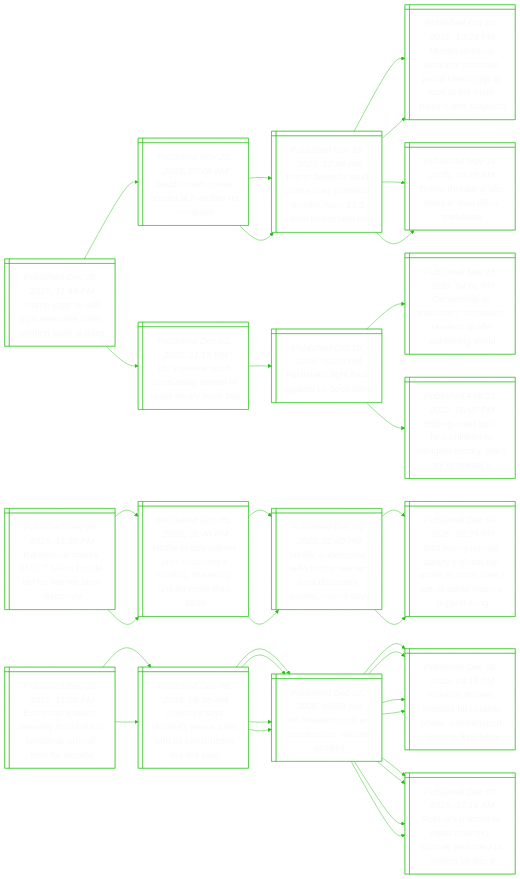
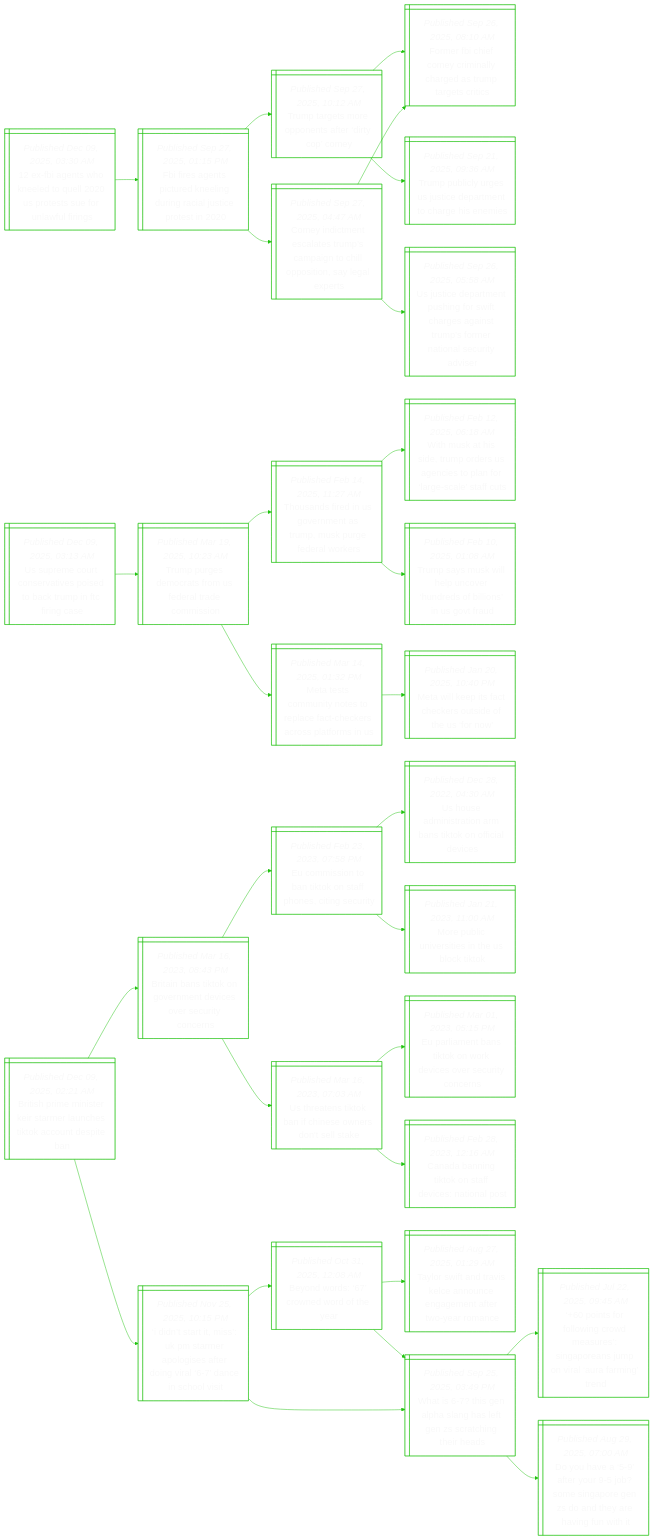
One commit to notJmes/notJmes changed the diagram in README.md. Above: the diagram before and after it, drawn with Mermaid. The commit also changed other lines of this file, not shown here.

````diff
--- a/README.md
+++ b/README.md
@@ -16,109 +16,97 @@
 flowchart LR
 classDef txtsize font-size:20px;
 
-TsesxidrsAe@{ shape: win-pane, label: "_Published Dec 08, 2025, 11:44 PM_
-Trump says he will sign executive order curbing state ai rules" }
-SCPeerlSr@{ shape: win-pane, label: "_Published Nov 20, 2025, 02:08 AM_
-Saudi crown prince hosted at friendlier us congress" }
-Tdddnersdiinst@{ shape: win-pane, label: "_Published Nov 19, 2025, 12:28 AM_
-Trump defends saudi prince over journalist murder, hails $1.3 trillion investment vow" }
-Mrusnrsasikeprsc@{ shape: win-pane, label: "_Published Oct 20, 2018, 12:23 PM_
-Murder of saudi dissident journalist jamal khashoggi: a look at the main players and suspects" }
-TttBsailn@{ shape: win-pane, label: "_Published Nov 19, 2025, 05:25 AM_
-Trump threatens abc news in oval office meltdown" }
-Tdddnersdiinst@{ shape: win-pane, label: "_Published Nov 19, 2025, 12:28 AM_
-Trump defends saudi prince over journalist murder, hails $1.3 trillion investment vow" }
-Mrusnrsasikeprsc@{ shape: win-pane, label: "_Published Oct 20, 2018, 12:23 PM_
-Murder of saudi dissident journalist jamal khashoggi: a look at the main players and suspects" }
-TttBsailn@{ shape: win-pane, label: "_Published Nov 19, 2025, 05:25 AM_
-Trump threatens abc news in oval office meltdown" }
-Urouwpfsao@{ shape: win-pane, label: "_Published Dec 08, 2025, 11:15 PM_
-Us supreme court turns away appeal of texas library book ban" }
-Psfbgtos@{ shape: win-pane, label: "_Published Oct 19, 2025, 02:50 PM_
-Publishers fight back against us book bans" }
-Crolnitdipsw@{ shape: win-pane, label: "_Published Mar 18, 2023, 04:06 PM_
-Censorship or evolution? ‘sensitivity readers’ divide publishing world" }
-Enllcrnasdree@{ shape: win-pane, label: "_Published Feb 21, 2023, 05:00 PM_
-Editing roald dahl: help children to navigate history, don’t try to rewrite it" }
+easndepsenui@{ shape: win-pane, label: "_Published Dec 09, 2025, 03:30 AM_
+12 ex-fbi agents who kneeled to quell 2020 us protests sue for unlawful firings" }
+Freieedgatrt@{ shape: win-pane, label: "_Published Sep 27, 2025, 01:15 PM_
+Fbi fires agents pictured kneeling during racial justice protest in 2020" }
+Tttenadcm@{ shape: win-pane, label: "_Published Sep 27, 2025, 10:12 AM_
+Trump targets more opponents after ‘dirty cop’ comey" }
+Frhorahdurcc@{ shape: win-pane, label: "_Published Sep 26, 2025, 08:10 AM_
+Former fbi chief comey criminally charged as trump targets critics" }
+TpcgJcanhhe@{ shape: win-pane, label: "_Published Sep 21, 2025, 09:36 AM_
+Trump publicly urges us justice department to charge his enemies" }
+Citearcicoisgp@{ shape: win-pane, label: "_Published Sep 27, 2025, 04:47 AM_
+Comey indictment escalates trump’s campaign to chill opposition, say legal experts" }
+Frhorahdurcc@{ shape: win-pane, label: "_Published Sep 26, 2025, 08:10 AM_
+Former fbi chief comey criminally charged as trump targets critics" }
+Utemugwhsnuonncys@{ shape: win-pane, label: "_Published Sep 26, 2025, 05:58 AM_
+Us justice department pushing for swift charges against trump’s former national security adviser" }
 
-TsesxidrsAe:::txtsize --> SCPeerlSr:::txtsize
-SCPeerlSr:::txtsize --> Tdddnersdiinst:::txtsize
-Tdddnersdiinst:::txtsize --> Mrusnrsasikeprsc:::txtsize
-Tdddnersdiinst:::txtsize --> TttBsailn:::txtsize
-SCPeerlSr:::txtsize --> Tdddnersdiinst:::txtsize
-Tdddnersdiinst:::txtsize --> Mrusnrsasikeprsc:::txtsize
-Tdddnersdiinst:::txtsize --> TttBsailn:::txtsize
-TsesxidrsAe:::txtsize --> Urouwpfsao:::txtsize
-Urouwpfsao:::txtsize --> Psfbgtos:::txtsize
-Psfbgtos:::txtsize --> Crolnitdipsw:::txtsize
-Psfbgtos:::txtsize --> Enllcrnasdree:::txtsize
+easndepsenui:::txtsize --> Freieedgatrt:::txtsize
+Freieedgatrt:::txtsize --> Tttenadcm:::txtsize
+Tttenadcm:::txtsize --> Frhorahdurcc:::txtsize
+Tttenadcm:::txtsize --> TpcgJcanhhe:::txtsize
+Freieedgatrt:::txtsize --> Citearcicoisgp:::txtsize
+Citearcicoisgp:::txtsize --> Frhorahdurcc:::txtsize
+Citearcicoisgp:::txtsize --> Utemugwhsnuonncys:::txtsize
 
-PoainidaBie@{ shape: win-pane, label: "_Published Dec 08, 2025, 11:30 PM_
-Paramount makes $140.7 billion hostile bid for warner bros discovery" }
-Niunocydtiimh@{ shape: win-pane, label: "_Published Dec 05, 2025, 08:40 PM_
-Netflix to buy warner bros discovery’s studios, streaming unit for more than $93b" }
-Nixilbrrsreua@{ shape: win-pane, label: "_Published Dec 05, 2025, 02:40 PM_
-Netflix in exclusive talks to buy warner bros discovery assets, source says" }
-BnmosaAtoppubsg@{ shape: win-pane, label: "_Published Dec 04, 2025, 02:29 PM_
-Bad bunny named spotify’s global top artiste in 2025, rose’s apt. is apple music’s biggest song" }
-Niunocydtiimh@{ shape: win-pane, label: "_Published Dec 05, 2025, 08:40 PM_
-Netflix to buy warner bros discovery’s studios, streaming unit for more than $93b" }
-Nixilbrrsreua@{ shape: win-pane, label: "_Published Dec 05, 2025, 02:40 PM_
-Netflix in exclusive talks to buy warner bros discovery assets, source says" }
-BnmosaAtoppubsg@{ shape: win-pane, label: "_Published Dec 04, 2025, 02:29 PM_
-Bad bunny named spotify’s global top artiste in 2025, rose’s apt. is apple music’s biggest song" }
+Uroovesbrnic@{ shape: win-pane, label: "_Published Dec 09, 2025, 03:13 AM_
+Us supreme court conservatives poised to back trump in ftc firing case" }
+TpscfSrami@{ shape: win-pane, label: "_Published Mar 19, 2025, 10:23 AM_
+Trump purges democrats from us federal trade commission" }
+TainveTMuele@{ shape: win-pane, label: "_Published Feb 14, 2025, 11:27 AM_
+Thousands fired in us government as trump, musk purge federal workers" }
+Wuhdmeaipoglfs@{ shape: win-pane, label: "_Published Feb 12, 2025, 06:18 AM_
+With musk at his side, trump orders us agencies to plan for ‘large-scale’ staff cuts" }
+Tsulpvnslsgr@{ shape: win-pane, label: "_Published Feb 10, 2025, 01:08 AM_
+Trump says musk will help uncover ‘hundreds of billions’ in us govt fraud" }
+Meoitrctkcpon@{ shape: win-pane, label: "_Published Mar 14, 2025, 01:32 PM_
+Meta tests community notes to replace fact-checkers across platforms in us" }
+MiefhrsfSo@{ shape: win-pane, label: "_Published Jan 20, 2025, 10:40 PM_
+Meta will keep its fact checkers outside of the us ‘for now’" }
 
-PoainidaBie:::txtsize --> Niunocydtiimh:::txtsize
-Niunocydtiimh:::txtsize --> Nixilbrrsreua:::txtsize
-Nixilbrrsreua:::txtsize --> BnmosaAtoppubsg:::txtsize
-PoainidaBie:::txtsize --> Niunocydtiimh:::txtsize
-Niunocydtiimh:::txtsize --> Nixilbrrsreua:::txtsize
-Nixilbrrsreua:::txtsize --> BnmosaAtoppubsg:::txtsize
+Uroovesbrnic:::txtsize --> TpscfSrami:::txtsize
+TpscfSrami:::txtsize --> TainveTMuele:::txtsize
+TainveTMuele:::txtsize --> Wuhdmeaipoglfs:::txtsize
+TainveTMuele:::txtsize --> Tsulpvnslsgr:::txtsize
+TpscfSrami:::txtsize --> Meoitrctkcpon:::txtsize
+Meoitrctkcpon:::txtsize --> MiefhrsfSo:::txtsize
 
-EeaZslkoaciri@{ shape: win-pane, label: "_Published Dec 08, 2025, 11:20 PM_
-European leaders, zelensky hold talks in london at ‘crucial’ time for ukraine" }
-ZsyaptwStita@{ shape: win-pane, label: "_Published Dec 08, 2025, 06:36 AM_
-Zelensky says ukraine’s peace talks with us constructive but not easy" }
-NaottirUk@{ shape: win-pane, label: "_Published Dec 07, 2025, 03:48 AM_
-No breakthrough at ‘constructive’ ukraine-us talks" }
-RansskerrocKa@{ shape: win-pane, label: "_Published Dec 06, 2025, 09:11 PM_
-Russian drones, missiles hit ukraine power and transport sectors, kyiv says" }
-Fermekrnznn@{ shape: win-pane, label: "_Published Dec 07, 2025, 12:16 AM_
-France’s macron to meet zelensky, starmer and merz in london on dec 8" }
-NaottirUk@{ shape: win-pane, label: "_Published Dec 07, 2025, 03:48 AM_
-No breakthrough at ‘constructive’ ukraine-us talks" }
-RansskerrocKa@{ shape: win-pane, label: "_Published Dec 06, 2025, 09:11 PM_
-Russian drones, missiles hit ukraine power and transport sectors, kyiv says" }
-Fermekrnznn@{ shape: win-pane, label: "_Published Dec 07, 2025, 12:16 AM_
-France’s macron to meet zelensky, starmer and merz in london on dec 8" }
-ZsyaptwStita@{ shape: win-pane, label: "_Published Dec 08, 2025, 06:36 AM_
-Zelensky says ukraine’s peace talks with us constructive but not easy" }
-NaottirUk@{ shape: win-pane, label: "_Published Dec 07, 2025, 03:48 AM_
-No breakthrough at ‘constructive’ ukraine-us talks" }
-RansskerrocKa@{ shape: win-pane, label: "_Published Dec 06, 2025, 09:11 PM_
-Russian drones, missiles hit ukraine power and transport sectors, kyiv says" }
-Fermekrnznn@{ shape: win-pane, label: "_Published Dec 07, 2025, 12:16 AM_
-France’s macron to meet zelensky, starmer and merz in london on dec 8" }
-NaottirUk@{ shape: win-pane, label: "_Published Dec 07, 2025, 03:48 AM_
-No breakthrough at ‘constructive’ ukraine-us talks" }
-RansskerrocKa@{ shape: win-pane, label: "_Published Dec 06, 2025, 09:11 PM_
-Russian drones, missiles hit ukraine power and transport sectors, kyiv says" }
-Fermekrnznn@{ shape: win-pane, label: "_Published Dec 07, 2025, 12:16 AM_
-France’s macron to meet zelensky, starmer and merz in london on dec 8" }
+BsmiKtrcianpa@{ shape: win-pane, label: "_Published Dec 09, 2025, 02:21 AM_
+British prime minister keir starmer launches tiktok account despite ban" }
+Bisoomessins@{ shape: win-pane, label: "_Published Mar 16, 2023, 08:43 PM_
+Britain bans tiktok on government devices over security concerns" }
+EmoaTspsnu@{ shape: win-pane, label: "_Published Feb 23, 2023, 07:58 PM_
+Eu commission to ban tiktok on staff phones, citing security" }
+Usirnaknces@{ shape: win-pane, label: "_Published Dec 28, 2022, 04:30 AM_
+Us house administration arm bans tiktok on official devices" }
+Muurehli@{ shape: win-pane, label: "_Published Jan 21, 2023, 11:00 AM_
+More public universities in the us block tiktok" }
+Uesoinwdea@{ shape: win-pane, label: "_Published Mar 16, 2023, 07:03 AM_
+Us threatens tiktok ban if chinese owners don't sell stake" }
+Elnsoovoetc@{ shape: win-pane, label: "_Published Mar 01, 2023, 05:15 PM_
+Eu parliament bans tiktok on work devices over security concerns" }
+Caiknfctl@{ shape: win-pane, label: "_Published Feb 28, 2023, 12:16 AM_
+Canada banning tiktok on staff devices: national post" }
+IttsMmostirnslt@{ shape: win-pane, label: "_Published Nov 25, 2025, 10:15 PM_
+‘i didn’t start it, miss’: uk pm starmer apologises after doing viral ‘6-7’ dance in school visit" }
+Bdsnrhr@{ shape: win-pane, label: "_Published Oct 31, 2025, 12:08 AM_
+Beyond words: ‘67’ crowned word of the year" }
+TrtrKangetorc@{ shape: win-pane, label: "_Published Aug 27, 2025, 01:29 AM_
+Taylor swift and travis kelce announce engagement after two-year romance" }
+WsGpasGscth@{ shape: win-pane, label: "_Published Sep 25, 2025, 03:49 PM_
+What is 6-7? this gen alpha slang has left gen zs scratching their heads" }
+WsGpasGscth@{ shape: win-pane, label: "_Published Sep 25, 2025, 03:49 PM_
+What is 6-7? this gen alpha slang has left gen zs scratching their heads" }
+psoioasaamiurt@{ shape: win-pane, label: "_Published Jul 22, 2025, 09:45 AM_
+‘+60 points for following crowd measures’: singaporeans jump on viral ‘aura farming’ trend" }
+DhayoeaGdtrini@{ shape: win-pane, label: "_Published Aug 29, 2025, 07:00 AM_
+Do you have a ‘5-9’ after your 9-5 job? some singapore gen zs do and they are having fun with it" }
 
-EeaZslkoaciri:::txtsize --> ZsyaptwStita:::txtsize
-ZsyaptwStita:::txtsize --> NaottirUk:::txtsize
-NaottirUk:::txtsize --> RansskerrocKa:::txtsize
-NaottirUk:::txtsize --> Fermekrnznn:::txtsize
-ZsyaptwStita:::txtsize --> NaottirUk:::txtsize
-NaottirUk:::txtsize --> RansskerrocKa:::txtsize
-NaottirUk:::txtsize --> Fermekrnznn:::txtsize
-EeaZslkoaciri:::txtsize --> ZsyaptwStita:::txtsize
-ZsyaptwStita:::txtsize --> NaottirUk:::txtsize
-NaottirUk:::txtsize --> RansskerrocKa:::txtsize
-NaottirUk:::txtsize --> Fermekrnznn:::txtsize
-ZsyaptwStita:::txtsize --> NaottirUk:::txtsize
-NaottirUk:::txtsize --> RansskerrocKa:::txtsize
-NaottirUk:::txtsize --> Fermekrnznn:::txtsize
+BsmiKtrcianpa:::txtsize --> Bisoomessins:::txtsize
+Bisoomessins:::txtsize --> EmoaTspsnu:::txtsize
+EmoaTspsnu:::txtsize --> Usirnaknces:::txtsize
+EmoaTspsnu:::txtsize --> Muurehli:::txtsize
+Bisoomessins:::txtsize --> Uesoinwdea:::txtsize
+Uesoinwdea:::txtsize --> Elnsoovoetc:::txtsize
+Uesoinwdea:::txtsize --> Caiknfctl:::txtsize
+BsmiKtrcianpa:::txtsize --> IttsMmostirnslt:::txtsize
+IttsMmostirnslt:::txtsize --> Bdsnrhr:::txtsize
+Bdsnrhr:::txtsize --> TrtrKangetorc:::txtsize
+Bdsnrhr:::txtsize --> WsGpasGscth:::txtsize
+IttsMmostirnslt:::txtsize --> WsGpasGscth:::txtsize
+WsGpasGscth:::txtsize --> psoioasaamiurt:::txtsize
+WsGpasGscth:::txtsize --> DhayoeaGdtrini:::txtsize
 
 ```
````
